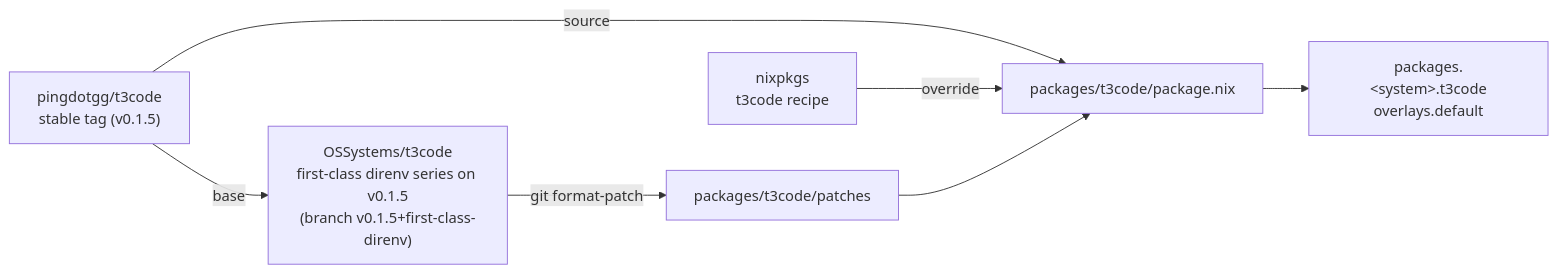
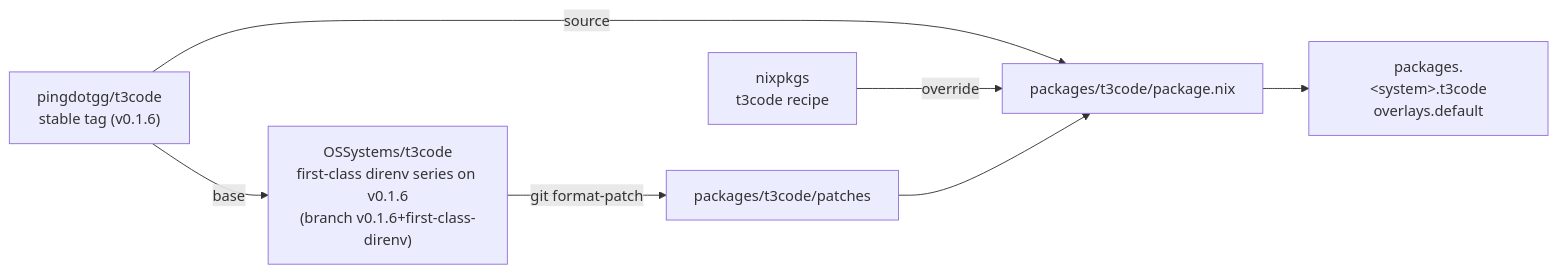
The first of 2 diagrams in README.md (OSSystems/t3code-nix), drawn with Mermaid before and after one commit. The commit also changed 12 other files, not shown here.

````diff
--- a/README.md
+++ b/README.md
@@ -15,16 +15,16 @@
 ```mermaid
 flowchart LR
-  upstream["pingdotgg/t3code<br/>stable tag (v0.1.5)"]
-  fork["OSSystems/t3code<br/>first-class direnv series on v0.1.5<br/>(branch v0.1.5+first-class-direnv)"]
+  upstream["pingdotgg/t3code<br/>stable tag (v0.1.6)"]
+  fork["OSSystems/t3code<br/>first-class direnv series on v0.1.6<br/>(branch v0.1.6+first-class-direnv)"]
   recipe["nixpkgs<br/>t3code recipe"]
   patches["packages/t3code/patches"]
   pkg["packages/t3code/package.nix"]
   out["packages.&lt;system&gt;.t3code<br/>overlays.default"]
 
   upstream -- "base" --> fork
   fork -- "git format-patch" --> patches
   upstream -- "source" --> pkg
   recipe -- "override" --> pkg
   patches --> pkg
   pkg --> out
 ```
````
